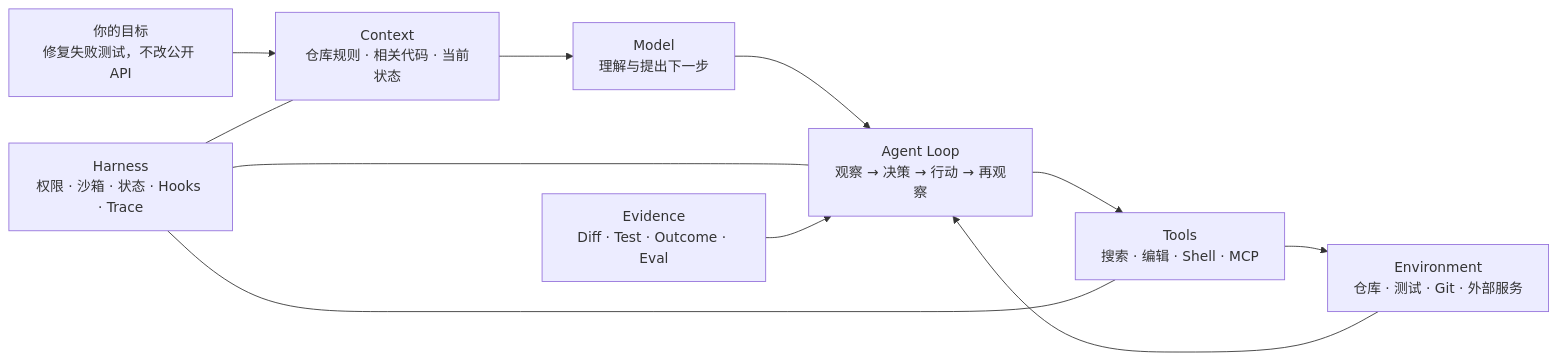
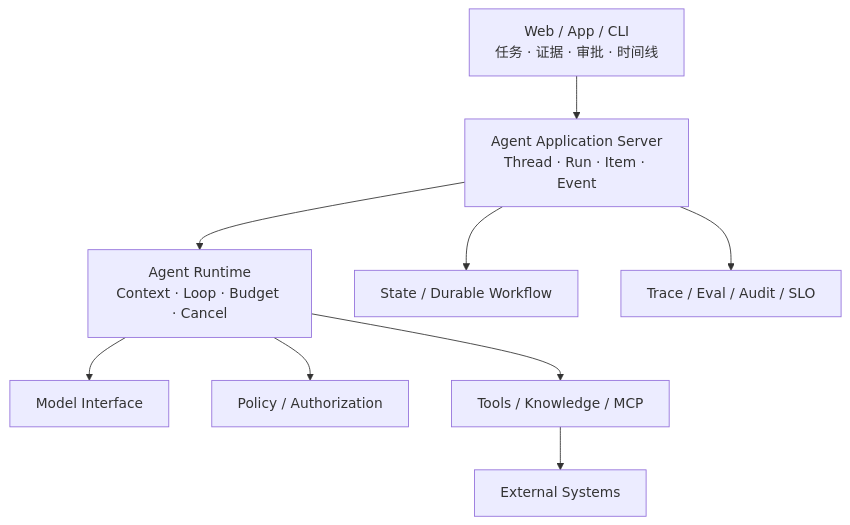
The diagram in site/index.md (whatthehan/masterpiece-static-docs), drawn with Mermaid before and after one commit. The commit also changed other lines of this file and 322 other files, not shown here.

````diff
--- a/site/index.md
+++ b/site/index.md
@@ -11,13 +21,11 @@
 ```mermaid
-flowchart LR
-    U["你的目标<br/>修复失败测试，不改公开 API"] --> C["Context<br/>仓库规则 · 相关代码 · 当前状态"]
-    C --> M["Model<br/>理解与提出下一步"]
-    M --> L["Agent Loop<br/>观察 → 决策 → 行动 → 再观察"]
-    L --> T["Tools<br/>搜索 · 编辑 · Shell · MCP"]
-    T --> E["Environment<br/>仓库 · 测试 · Git · 外部服务"]
-    E --> L
-    H["Harness<br/>权限 · 沙箱 · 状态 · Hooks · Trace"] --- C
-    H --- L
-    H --- T
-    V["Evidence<br/>Diff · Test · Outcome · Eval"] --> L
+flowchart TD
+    UI["Web / App / CLI<br/>任务 · 证据 · 审批 · 时间线"] --> S["Agent Application Server<br/>Thread · Run · Item · Event"]
+    S --> R["Agent Runtime<br/>Context · Loop · Budget · Cancel"]
+    R --> M["Model Interface"]
+    R --> P["Policy / Authorization"]
+    R --> T["Tools / Knowledge / MCP"]
+    T --> X["External Systems"]
+    S --> D["State / Durable Workflow"]
+    S --> E["Trace / Eval / Audit / SLO"]
 ```
````
